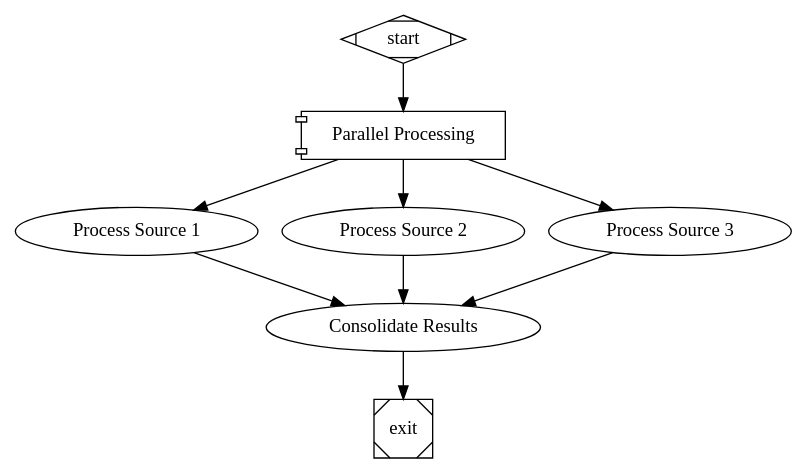
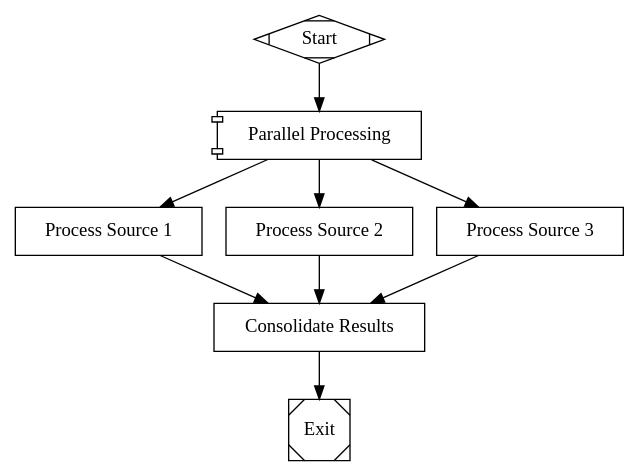
Before and after one commit to rkinder/attractor: the diagram in examples/parallel-workflow.dot, drawn with Graphviz. The commit also changed 8 other files, not shown here.

```diff
--- a/examples/parallel-workflow.dot
+++ b/examples/parallel-workflow.dot
@@ -1,27 +1,45 @@
 digraph ParallelExample {
   graph [goal="Process multiple data sources in parallel"]
   
-  start [shape=Mdiamond]
-  exit [shape=Msquare]
+  start [shape=Mdiamond, label="Start"]
+  exit [shape=Msquare, label="Exit"]
   
   parallel [
-    shape=component
-    label="Parallel Processing"
+    shape=component,
+    label="Parallel Processing",
     max_parallel=3
   ]
   
-  process1 [label="Process Source 1", prompt="Analyze dataset 1"]
-  process2 [label="Process Source 2", prompt="Analyze dataset 2"]
-  process3 [label="Process Source 3", prompt="Analyze dataset 3"]
+  process1 [
+    shape=box,
+    label="Process Source 1",
+    prompt="Analyze dataset 1 and provide your findings."
+  ]
   
-  consolidate [label="Consolidate Results", prompt="Merge: $parallel.results"]
+  process2 [
+    shape=box,
+    label="Process Source 2",
+    prompt="Analyze dataset 2 and provide your findings."
+  ]
+  
+  process3 [
+    shape=box,
+    label="Process Source 3",
+    prompt="Analyze dataset 3 and provide your findings."
+  ]
+  
+  consolidate [
+    shape=box,
+    label="Consolidate Results",
+    prompt="Merge and summarize the following results: $approach1.output, $approach2.output, $approach3.output"
+  ]
   
   start -> parallel
   parallel -> process1
   parallel -> process2
   parallel -> process3
   process1 -> consolidate
   process2 -> consolidate
   process3 -> consolidate
   consolidate -> exit
 }
```
